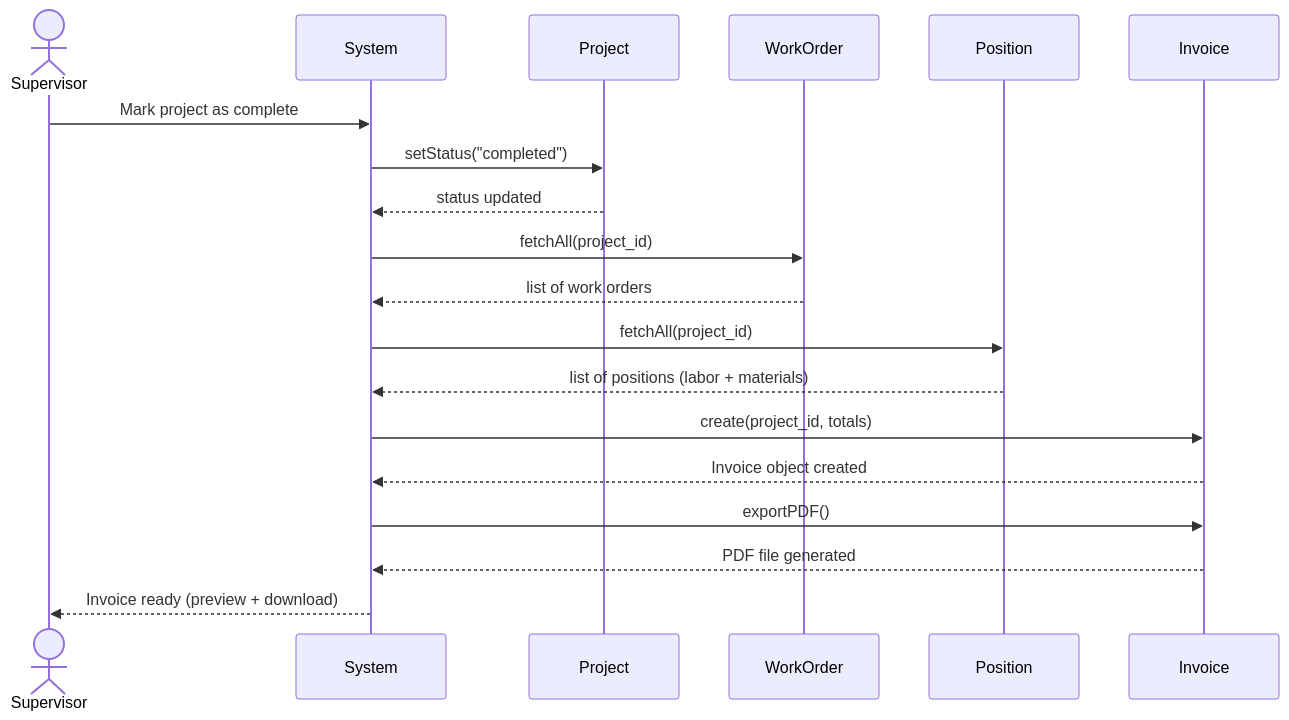
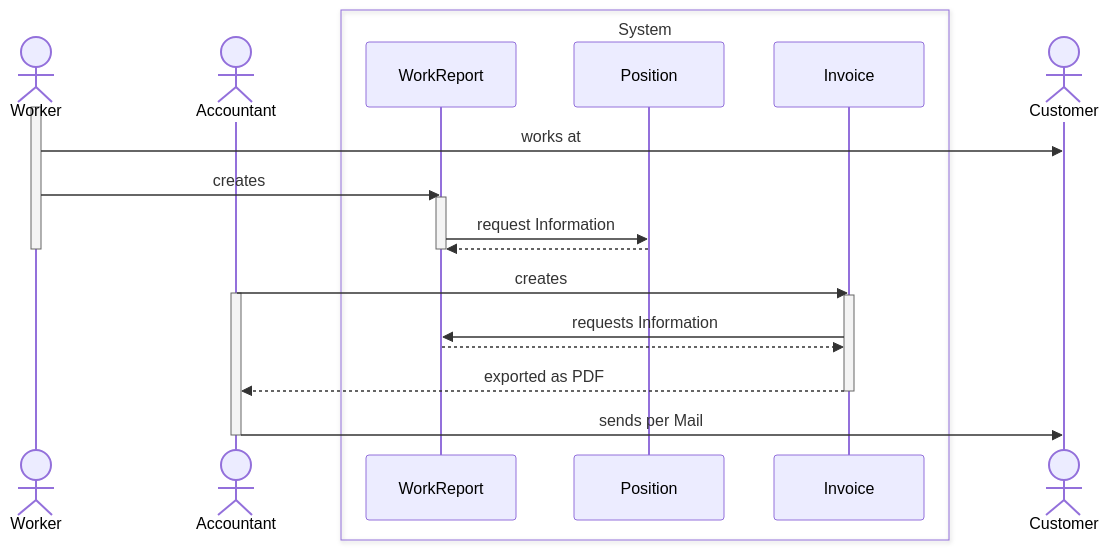
The diagram in documentation/diagrams/sequence.md (usu259/Project_SoftwareEngineering), drawn with Mermaid before and after one commit. The commit also changed 14 other files, not shown here.

````diff
--- a/documentation/diagrams/sequence.md
+++ b/documentation/diagrams/sequence.md
@@ -3,27 +3,32 @@
 ```mermaid
 sequenceDiagram
-    actor Supervisor
-    participant System
-    participant Project
-    participant WorkOrder
+    actor Worker
+    actor Accountant
+    box System
+    participant WorkReport
     participant Position
     participant Invoice
+    end
+    actor Customer
 
-    Supervisor->>System: Mark project as complete
-    System->>Project: setStatus("completed")
-    Project-->>System: status updated
+    activate Worker
+    Worker->>Customer: works at
+    Worker->>WorkReport: creates
+    activate WorkReport
+    WorkReport->>Position: request Information
+    Position-->>WorkReport:
+    deactivate WorkReport
+    deactivate Worker
+    Accountant->>Invoice: creates
+    activate Accountant
+    activate Invoice
+    Invoice->>WorkReport: requests Information
+    WorkReport-->>Invoice:
+    Invoice-->>Accountant: exported as PDF
+    deactivate Invoice
+    Accountant->>Customer: sends per Mail
+    deactivate Accountant
 
-    System->>WorkOrder: fetchAll(project_id)
-    WorkOrder-->>System: list of work orders
 
-    System->>Position: fetchAll(project_id)
-    Position-->>System: list of positions (labor + materials)
 
-    System->>Invoice: create(project_id, totals)
-    Invoice-->>System: Invoice object created
-
-    System->>Invoice: exportPDF()
-    Invoice-->>System: PDF file generated
-
-    System-->>Supervisor: Invoice ready (preview + download)
 ```
````
